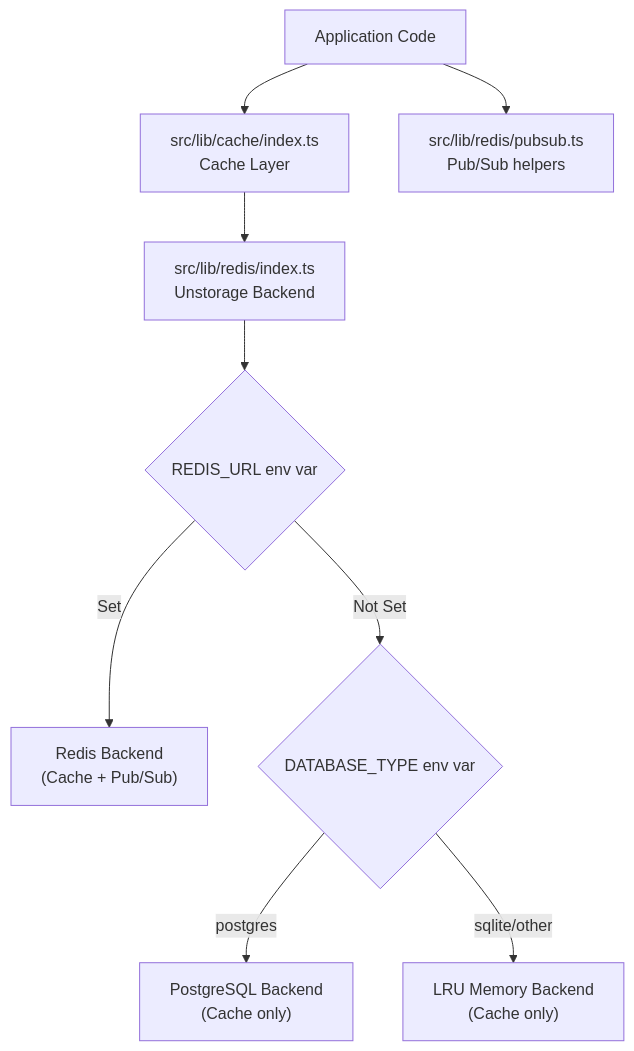
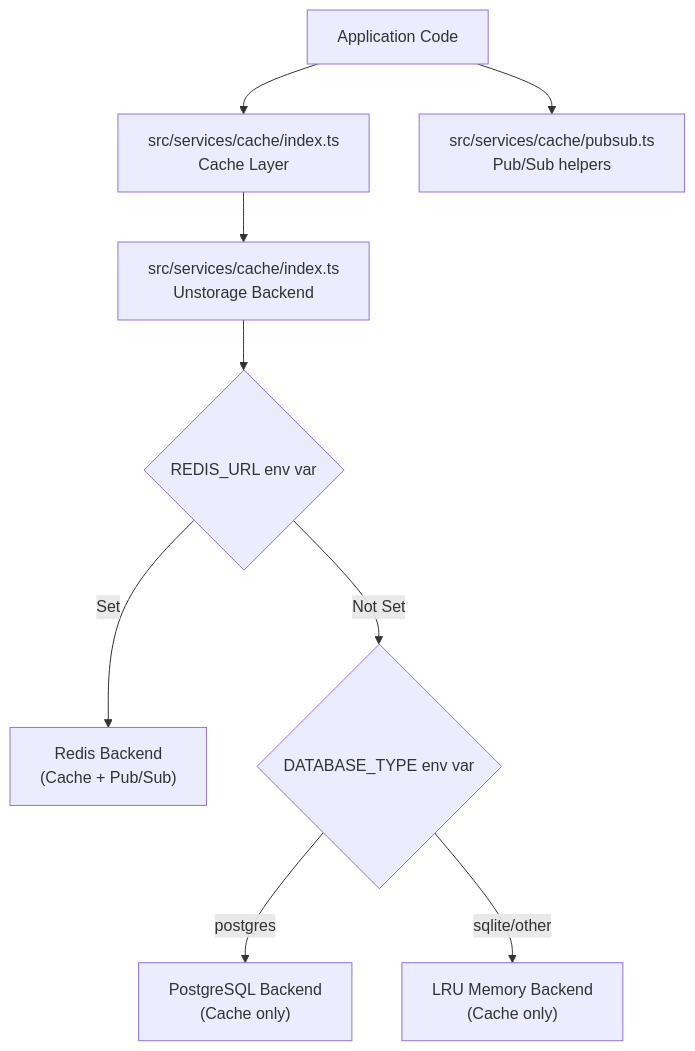
One commit to rjoydip/tsse-elysia changed the diagram in knowledge/plans/phase-7.1-redis-implementation-plan.md. Above: the diagram before and after it, drawn with Mermaid. The commit also changed other lines of this file and 166 other files, not shown here.

First line of the commit message:
refactor: implement API layered architecture (HTTP → Controller → Service → Repository) (#61)

````diff
--- a/knowledge/plans/phase-7.1-redis-implementation-plan.md
+++ b/knowledge/plans/phase-7.1-redis-implementation-plan.md
@@ -9,11 +9,13 @@
 ```mermaid
 graph TD
-    A["Application Code"] --> B["src/lib/cache/index.ts<br/>Cache Layer"]
-    A --> C["src/lib/redis/pubsub.ts<br/>Pub/Sub helpers"]
-    B --> D["src/lib/redis/index.ts<br/>Unstorage Backend"]
+A["Application Code"] --> B["src/services/cache/index.ts<br/>Cache Layer"]
+
+    A --> C["src/services/cache/pubsub.ts<br/>Pub/Sub helpers"]
+
+    B --> D["src/services/cache/index.ts<br/>Unstorage Backend"]
     D --> E{REDIS_URL env var}
     E -->|Set| F["Redis Backend<br/>(Cache + Pub/Sub)"]
     E -->|Not Set| G{DATABASE_TYPE env var}
     G -->|postgres| H["PostgreSQL Backend<br/>(Cache only)"]
     G -->|sqlite/other| I["LRU Memory Backend<br/>(Cache only)"]
 ```
````
